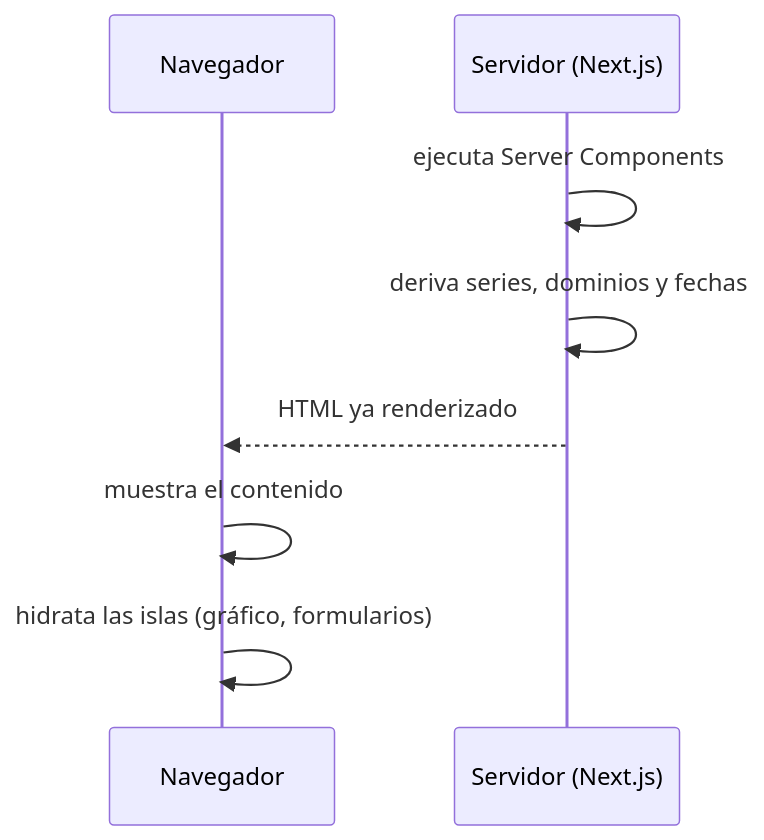
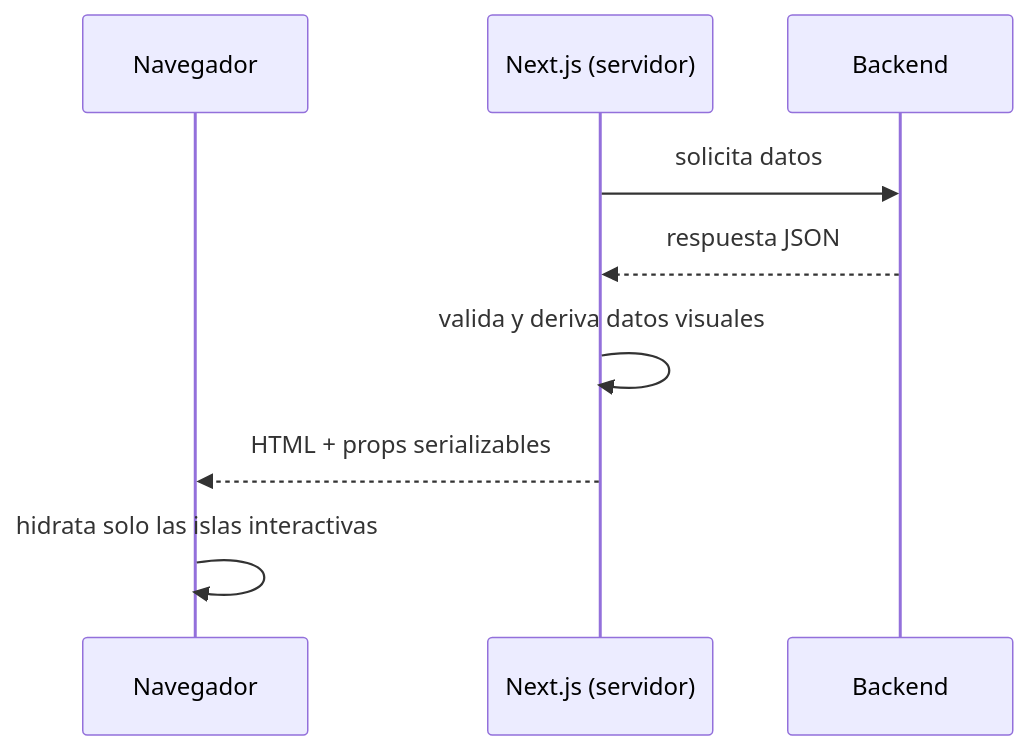
One commit to devmauriciopineda/careme changed the second of 3 diagrams in docs/concepts/02-frontend-renderizado-y-comunicacion.md. Above: the diagram before and after it, drawn with Mermaid. The commit also changed other lines of this file and 68 other files, not shown here.

````diff
--- a/docs/concepts/02-frontend-renderizado-y-comunicacion.md
+++ b/docs/concepts/02-frontend-renderizado-y-comunicacion.md
@@ -60,10 +303,11 @@
 ```mermaid
 sequenceDiagram
     participant B as Navegador
-    participant S as Servidor (Next.js)
-    S->>S: ejecuta Server Components
-    S->>S: deriva series, dominios y fechas
-    S-->>B: HTML ya renderizado
-    B->>B: muestra el contenido
-    B->>B: hidrata las islas (gráfico, formularios)
+    participant S as Next.js (servidor)
+    participant API as Backend
+    S->>API: solicita datos
+    API-->>S: respuesta JSON
+    S->>S: valida y deriva datos visuales
+    S-->>B: HTML + props serializables
+    B->>B: hidrata solo las islas interactivas
 ```
````
